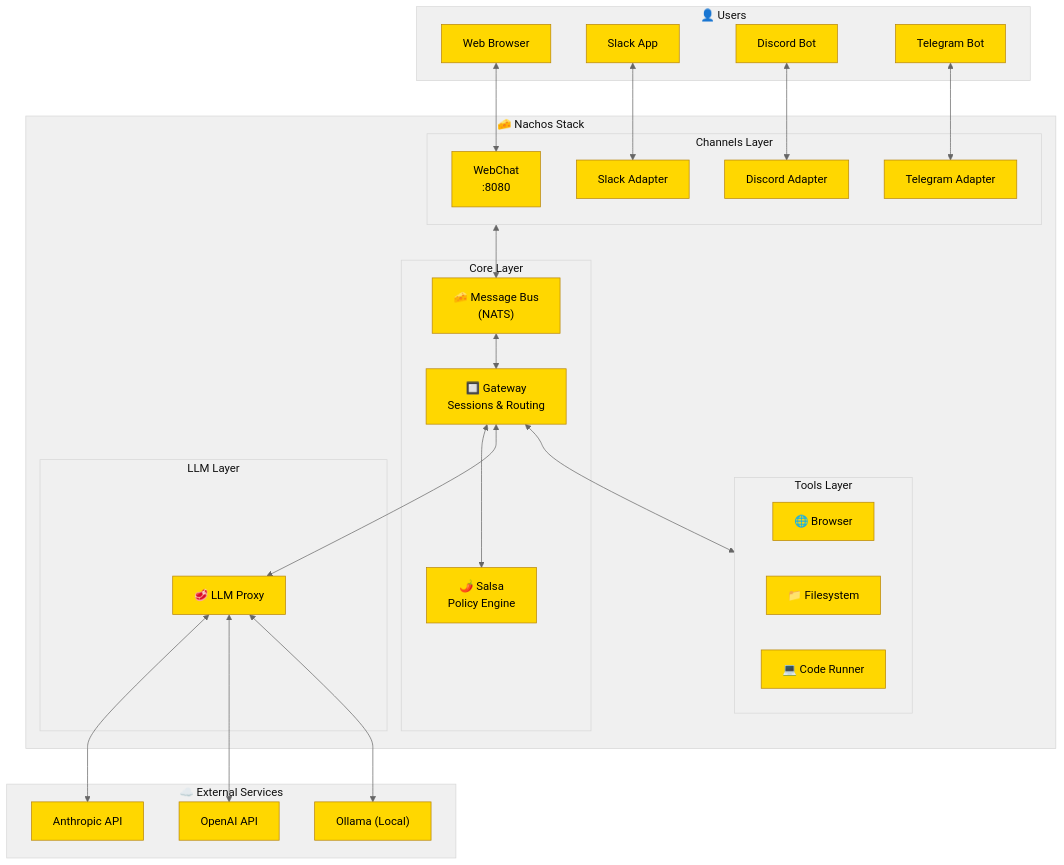
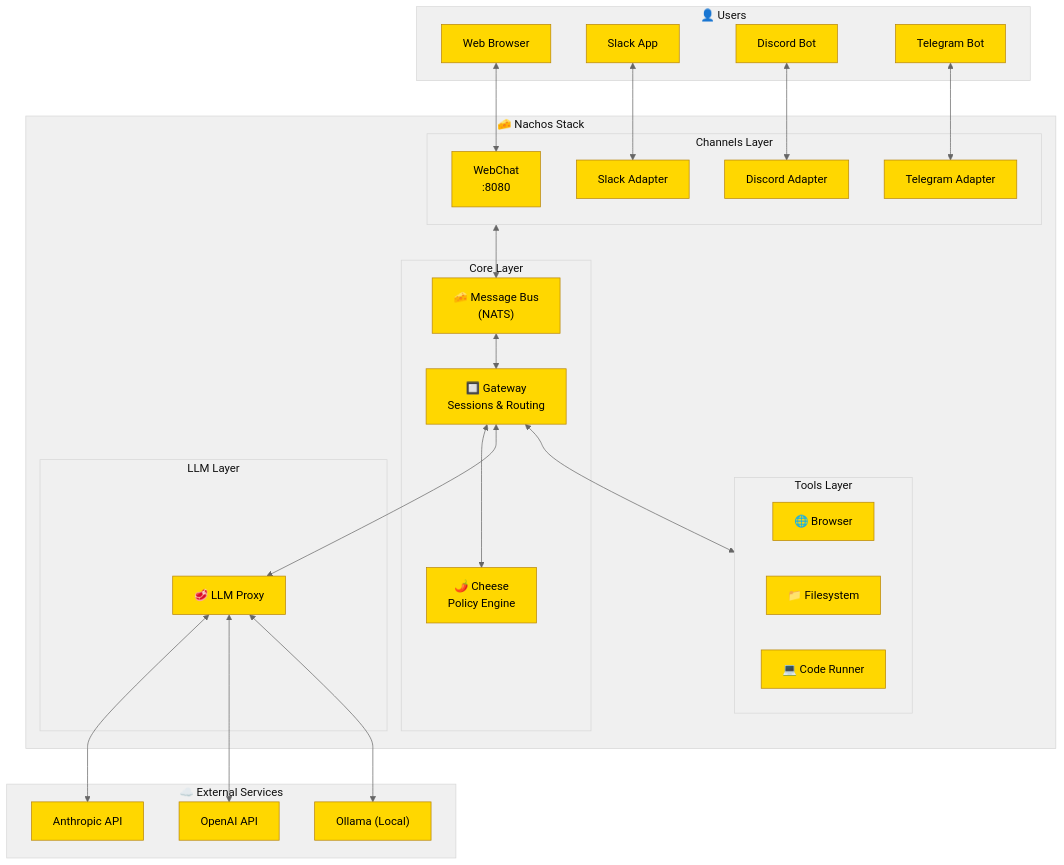
One commit to Nacho-Labs-LLC/nachos changed the first of 10 diagrams in diagrams/architecture-diagrams.md. Above: the diagram before and after it, drawn with Mermaid. The commit also changed other lines of this file and 87 other files, not shown here.

````diff
--- a/diagrams/architecture-diagrams.md
+++ b/diagrams/architecture-diagrams.md
@@ -10,57 +10,57 @@
 ```mermaid
 %%{init: {'theme': 'base', 'themeVariables': { 'primaryColor': '#ffd700', 'primaryTextColor': '#000', 'primaryBorderColor': '#b8860b', 'lineColor': '#666', 'secondaryColor': '#fff5e6', 'tertiaryColor': '#f0f0f0'}}}%%
 
 flowchart TB
     subgraph User["👤 Users"]
         WebUser["Web Browser"]
         SlackUser["Slack App"]
         DiscordUser["Discord Bot"]
         TelegramUser["Telegram Bot"]
     end
 
     subgraph Nachos["🧀 Nachos Stack"]
         subgraph Channels["Channels Layer"]
             WebChat["WebChat<br/>:8080"]
             Slack["Slack Adapter"]
             Discord["Discord Adapter"]
             Telegram["Telegram Adapter"]
         end
 
         subgraph Core["Core Layer"]
             Gateway["🔲 Gateway<br/>Sessions & Routing"]
             Bus["🧀 Message Bus<br/>(NATS)"]
-            Salsa["🌶️ Salsa<br/>Policy Engine"]
+            Cheese["🌶️ Cheese<br/>Policy Engine"]
         end
 
         subgraph Protein["LLM Layer"]
             LLMProxy["🥩 LLM Proxy"]
         end
 
         subgraph Tools["Tools Layer"]
             Browser["🌐 Browser"]
             FileSystem["📁 Filesystem"]
             CodeRunner["💻 Code Runner"]
         end
     end
 
     subgraph External["☁️ External Services"]
         Anthropic["Anthropic API"]
         OpenAI["OpenAI API"]
         Ollama["Ollama (Local)"]
     end
 
     WebUser <--> WebChat
     SlackUser <--> Slack
     DiscordUser <--> Discord
     TelegramUser <--> Telegram
 
     Channels <--> Bus
     Bus <--> Gateway
-    Gateway <--> Salsa
+    Gateway <--> Cheese
     Gateway <--> LLMProxy
     Gateway <--> Tools
 
     LLMProxy <--> Anthropic
     LLMProxy <--> OpenAI
     LLMProxy <--> Ollama
 ```
````
